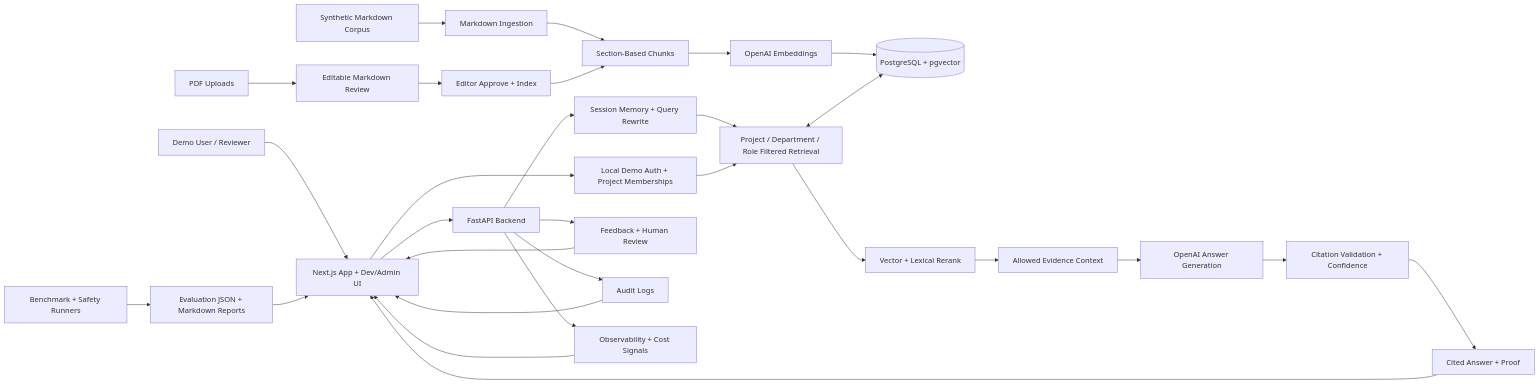
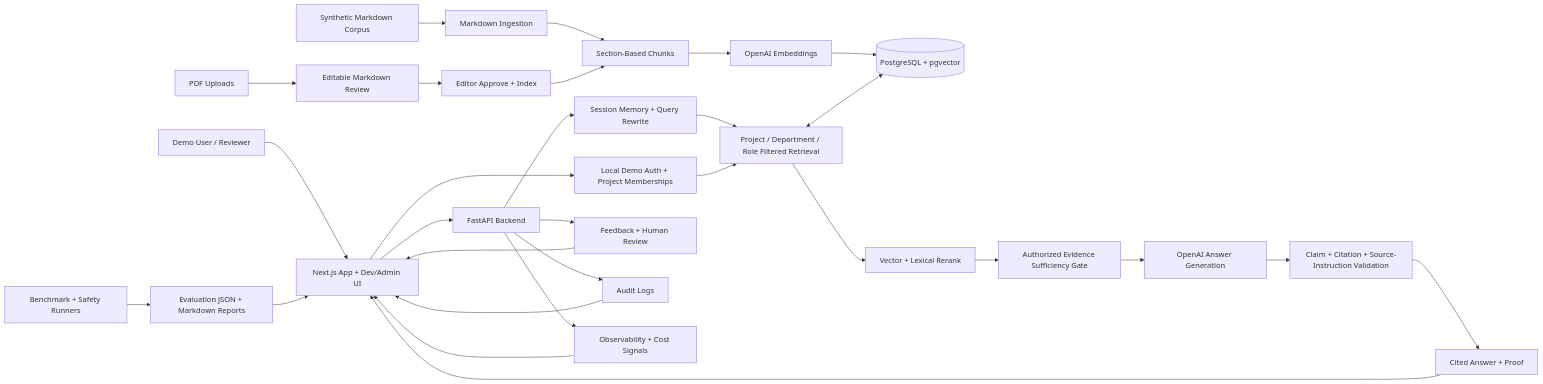
Before and after one commit to christiankfoury/proofbase-rag: the diagram in README.md, drawn with Mermaid. The commit also changed other lines of this file and 37 other files, not shown here.

First line of the commit message:
Add post-generation claim and source validation

````diff
--- a/README.md
+++ b/README.md
@@ -74,34 +74,34 @@
 ```mermaid
 flowchart LR
   User[Demo User / Reviewer] --> Web[Next.js App + Dev/Admin UI]
   Web --> Auth[Local Demo Auth + Project Memberships]
   Web --> API[FastAPI Backend]
 
   Docs[Synthetic Markdown Corpus] --> Ingest[Markdown Ingestion]
   Uploads[PDF Uploads] --> Review[Editable Markdown Review]
   Review --> Approve[Editor Approve + Index]
   Ingest --> Chunk[Section-Based Chunks]
   Approve --> Chunk
   Chunk --> Embed[OpenAI Embeddings]
   Embed --> PG[(PostgreSQL + pgvector)]
 
   API --> Memory[Session Memory + Query Rewrite]
   Memory --> Retrieve[Project / Department / Role Filtered Retrieval]
   Auth --> Retrieve
   Retrieve <--> PG
   Retrieve --> Rerank[Vector + Lexical Rerank]
-  Rerank --> Evidence[Allowed Evidence Context]
+  Rerank --> Evidence[Authorized Evidence Sufficiency Gate]
   Evidence --> Generate[OpenAI Answer Generation]
-  Generate --> Validate[Citation Validation + Confidence]
+  Generate --> Validate[Claim + Citation + Source-Instruction Validation]
   Validate --> Answer[Cited Answer + Proof]
   Answer --> Web
 
   API --> Feedback[Feedback + Human Review]
   API --> Audit[Audit Logs]
   API --> Obs[Observability + Cost Signals]
   Eval[Benchmark + Safety Runners] --> Reports[Evaluation JSON + Markdown Reports]
   Reports --> Web
   Feedback --> Web
   Audit --> Web
   Obs --> Web
 ```
````
